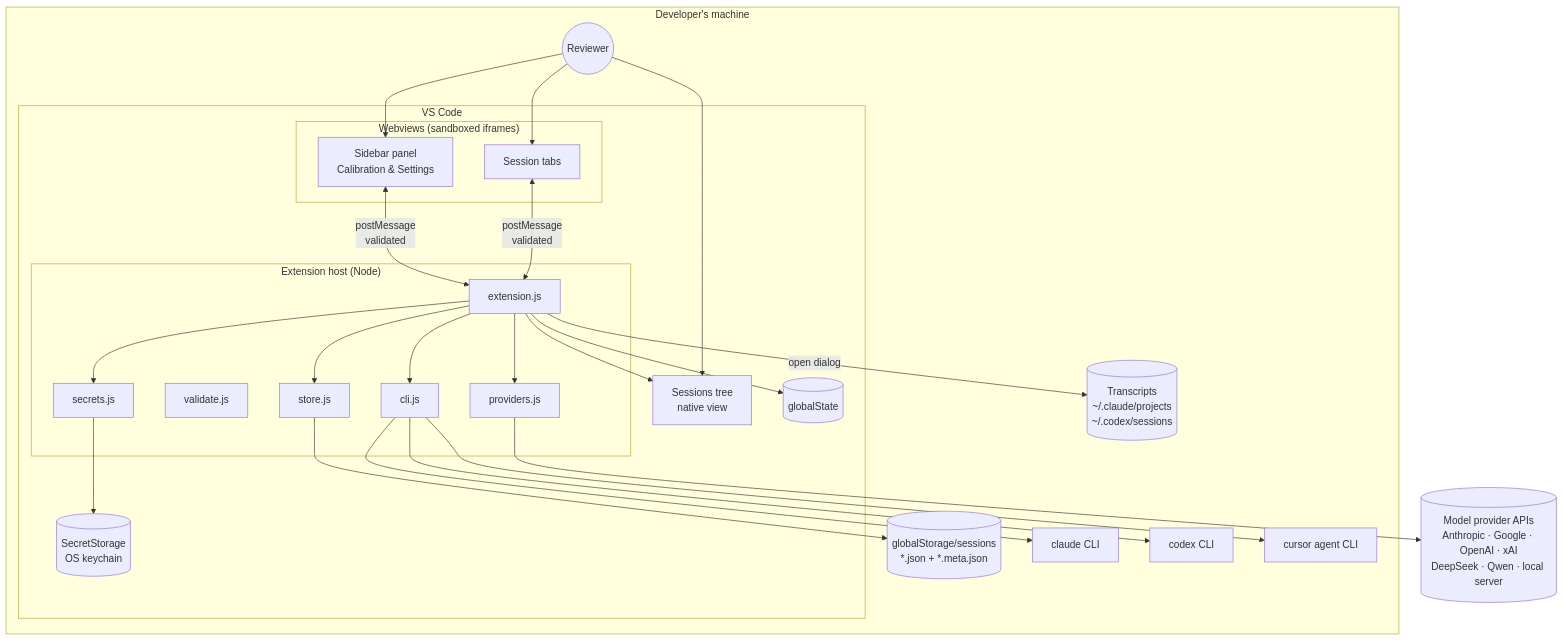
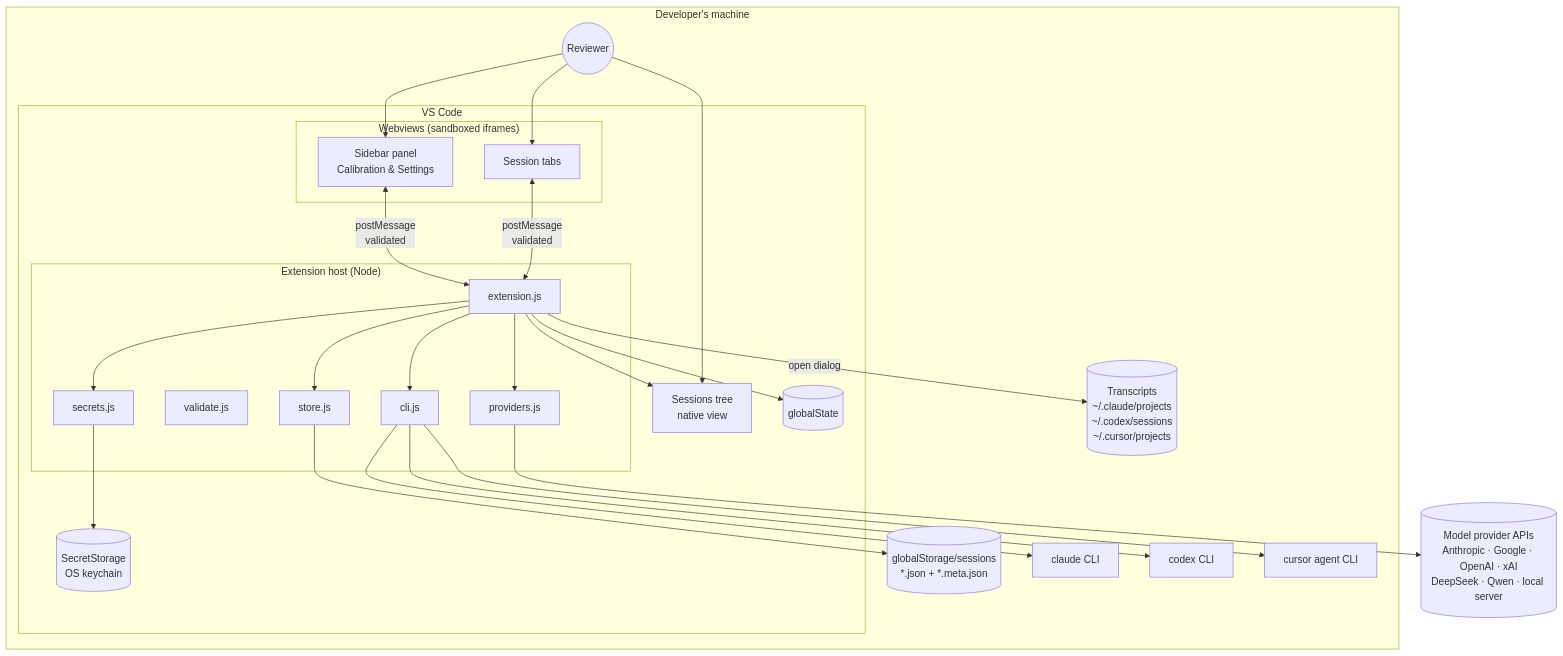
The second of 13 diagrams in docs/ARCHITECTURE.md (nikolaylosev/sessionlens-vscode), drawn with Mermaid before and after one commit. The commit also changed other lines of this file and 13 other files, not shown here.

````diff
--- a/docs/ARCHITECTURE.md
+++ b/docs/ARCHITECTURE.md
@@ -56,39 +56,39 @@
 ```mermaid
 flowchart TB
   subgraph User["Developer's machine"]
     U((Reviewer))
     subgraph VSC["VS Code"]
       subgraph Host["Extension host (Node)"]
         EXT[extension.js]
         STORE[store.js]
         VAL[validate.js]
         SEC[secrets.js]
         PROV[providers.js]
         CLI[cli.js]
       end
       subgraph UI["Webviews (sandboxed iframes)"]
         SIDE[Sidebar panel<br/>Calibration & Settings]
         TAB[Session tabs]
       end
       TREE[Sessions tree<br/>native view]
       KEY[(SecretStorage<br/>OS keychain)]
       GS[(globalState)]
     end
     FILES[(globalStorage/sessions<br/>*.json + *.meta.json)]
-    TR[(Transcripts<br/>~/.claude/projects<br/>~/.codex/sessions)]
+    TR[(Transcripts<br/>~/.claude/projects<br/>~/.codex/sessions<br/>~/.cursor/projects)]
     CC[claude CLI]
     CX[codex CLI]
     CU[cursor agent CLI]
   end
   API[(Model provider APIs<br/>Anthropic · Google · OpenAI · xAI<br/>DeepSeek · Qwen · local server)]
 
   U --> SIDE & TAB & TREE
   SIDE & TAB <-->|postMessage<br/>validated| EXT
   EXT --> STORE --> FILES
   EXT --> SEC --> KEY
   EXT --> GS
   EXT --> PROV --> API
   EXT --> CLI --> CC & CX & CU
   EXT -->|open dialog| TR
   EXT --> TREE
 ```
````
